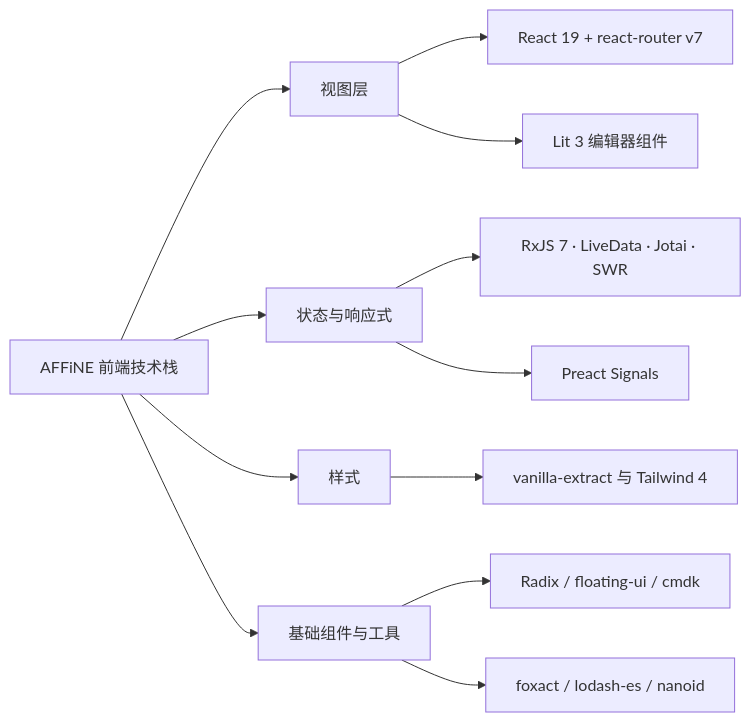
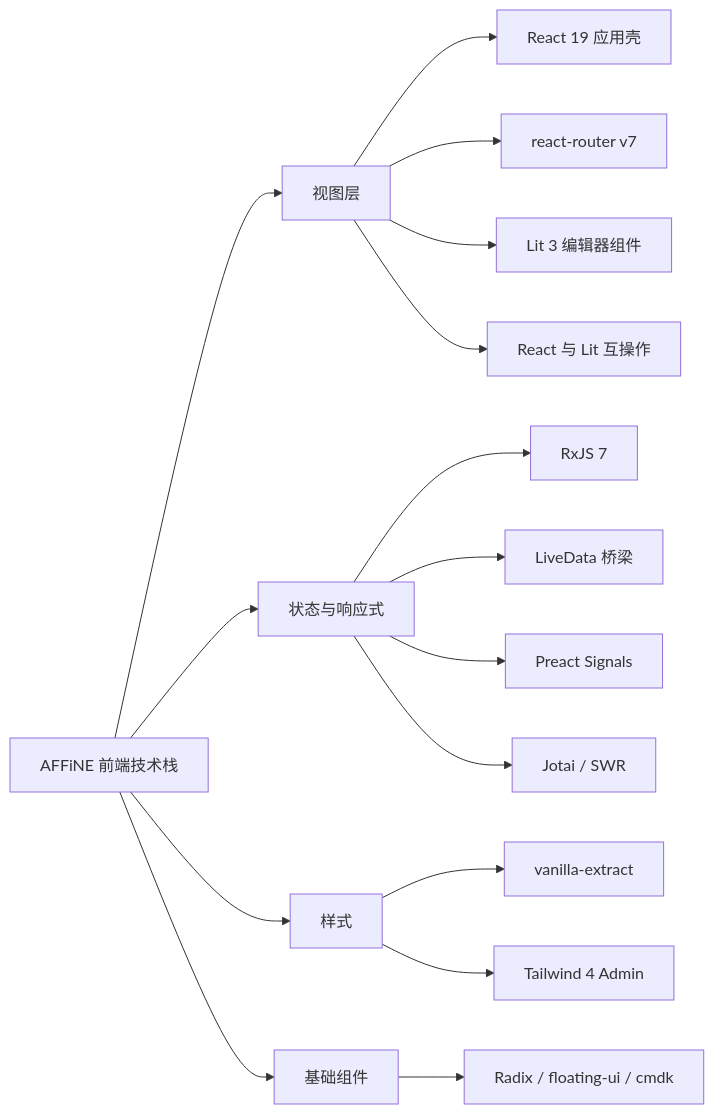
The first of 3 diagrams in learning-guide/slides/decks/06.md (lfire/AFFiNE), drawn with Mermaid before and after one commit. The commit also changed other lines of this file and 46 other files, not shown here.

````diff
--- a/learning-guide/slides/decks/06.md
+++ b/learning-guide/slides/decks/06.md
@@ -45,14 +33,18 @@
 ```mermaid
 flowchart LR
-  Root[AFFiNE 前端技术栈] --> View[视图层]
-  Root --> State[状态与响应式]
-  Root --> Style[样式]
-  Root --> Base[基础组件与工具]
-  View --> V1["React 19 + react-router v7"]
-  View --> V2["Lit 3 编辑器组件"]
-  State --> S1["RxJS 7 · LiveData · Jotai · SWR"]
-  State --> S2["Preact Signals"]
-  Style --> St1["vanilla-extract 与 Tailwind 4"]
-  Base --> B1["Radix / floating-ui / cmdk"]
-  Base --> B2["foxact / lodash-es / nanoid"]
+  ROOT["AFFiNE 前端技术栈"] --> V["视图层"]
+  ROOT --> S["状态与响应式"]
+  ROOT --> ST["样式"]
+  ROOT --> U["基础组件"]
+  V --> V1["React 19 应用壳"]
+  V --> V2["react-router v7"]
+  V --> V3["Lit 3 编辑器组件"]
+  V --> V4["React 与 Lit 互操作"]
+  S --> S1["RxJS 7"]
+  S --> S2["LiveData 桥梁"]
+  S --> S3["Preact Signals"]
+  S --> S4["Jotai / SWR"]
+  ST --> ST1["vanilla-extract"]
+  ST --> ST2["Tailwind 4 Admin"]
+  U --> U1["Radix / floating-ui / cmdk"]
 ```
````
